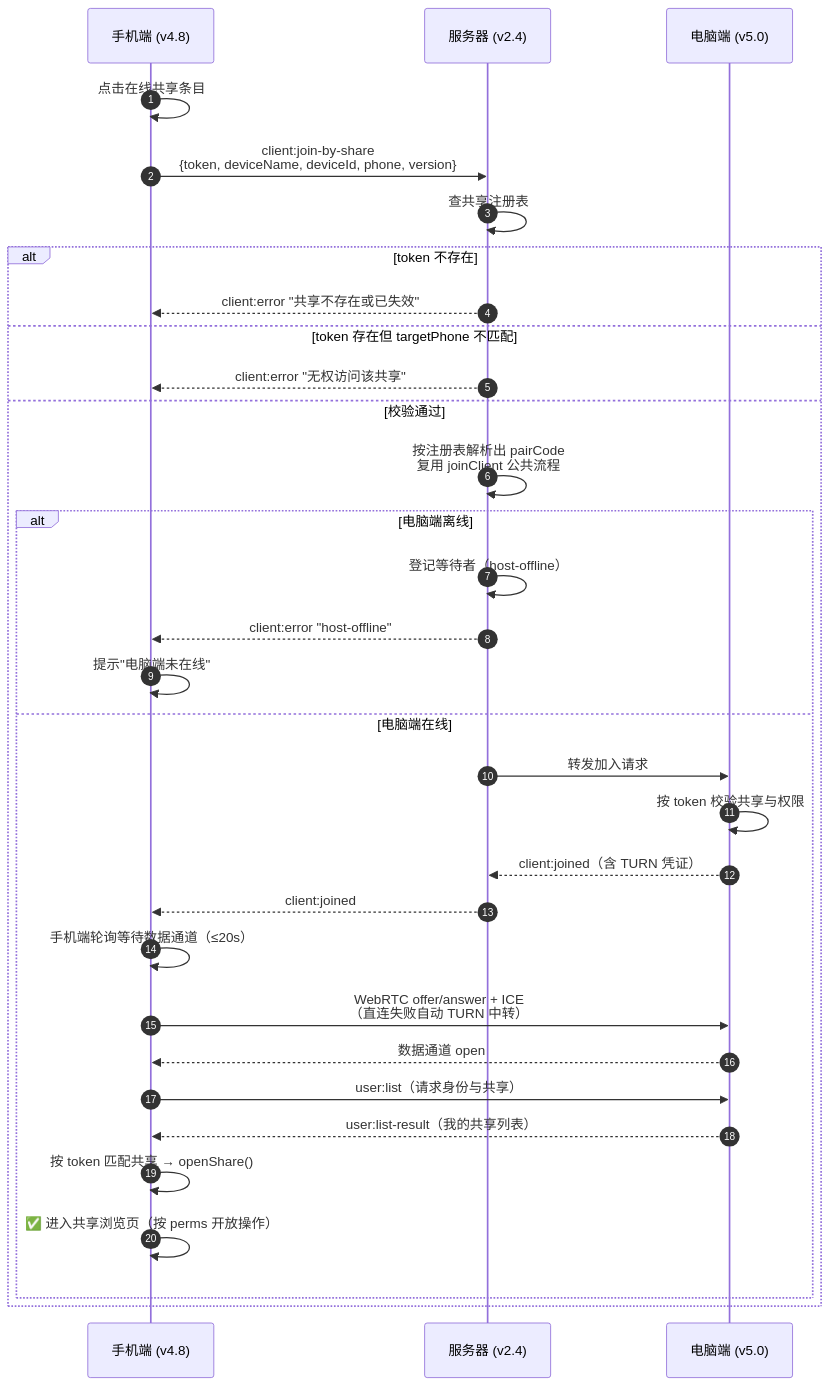
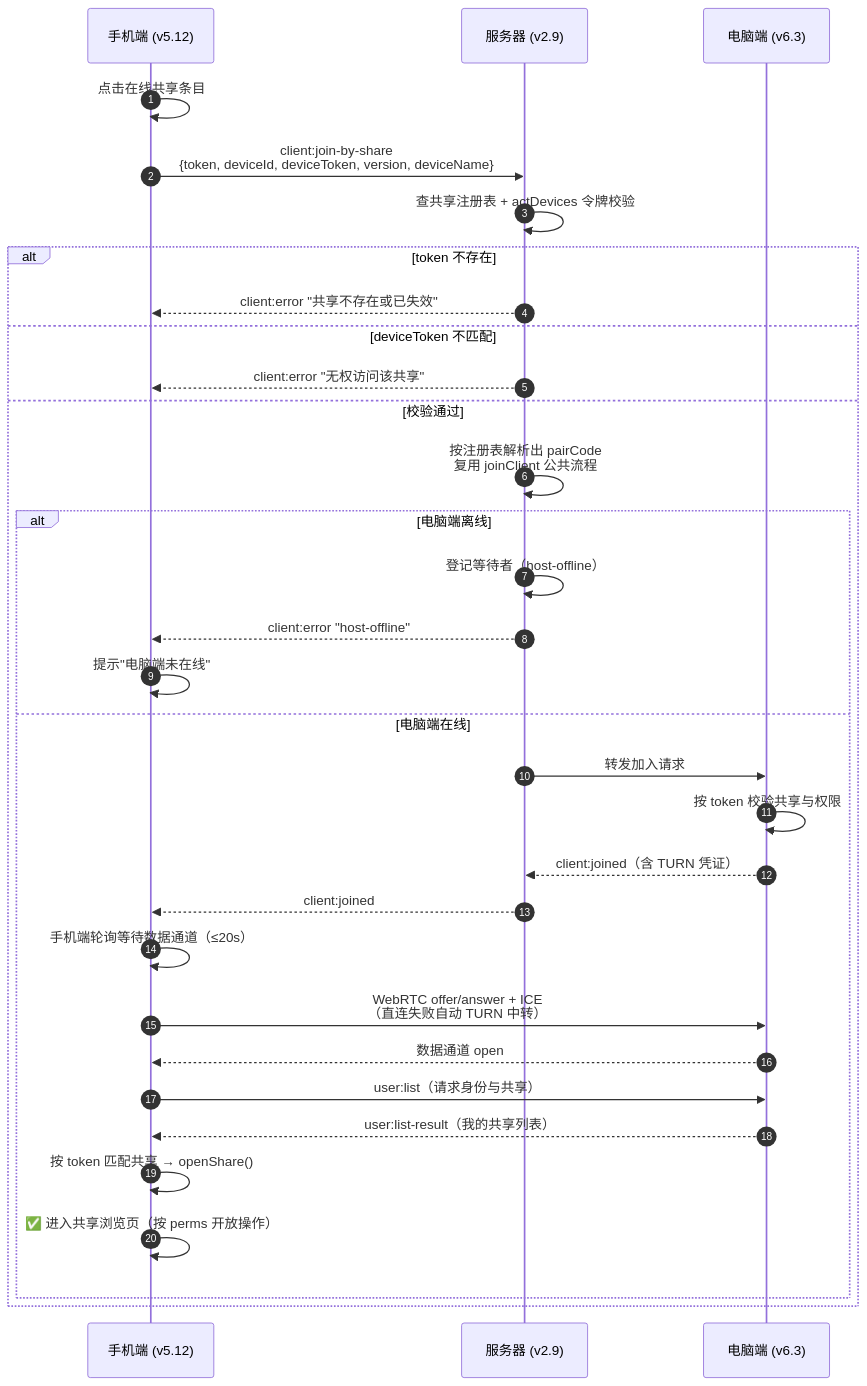
Before and after one commit to binghuo7758521/p2p: the fourth of 6 diagrams in 免配对码共享连接流程文档.md, drawn with Mermaid. The commit also changed other lines of this file and 57 other files, not shown here.

Commit message:
多端迭代：手机端 v5.25（多电脑管理员扫码激活、下载/上传进度横幅）、电脑端 v6.18（静默升级/自动登录/托盘关闭确认）、服务器 v2.13（OSS 升级发布链 + release.sh 一键发布 + E2E 测试）

````diff
--- a/免配对码共享连接流程文档.md
+++ b/免配对码共享连接流程文档.md
@@ -102,35 +119,35 @@
 ```mermaid
 sequenceDiagram
     autonumber
-    participant M as 手机端 (v4.8)
-    participant S as 服务器 (v2.4)
-    participant H as 电脑端 (v5.0)
+    participant M as 手机端 (v5.12)
+    participant S as 服务器 (v2.9)
+    participant H as 电脑端 (v6.3)
 
     M->>M: 点击在线共享条目
-    M->>S: client:join-by-share<br/>{token, deviceName, deviceId, phone, version}
-    S->>S: 查共享注册表
+    M->>S: client:join-by-share<br/>{token, deviceId, deviceToken, version, deviceName}
+    S->>S: 查共享注册表 + actDevices 令牌校验
     alt token 不存在
         S-->>M: client:error "共享不存在或已失效"
-    else token 存在但 targetPhone 不匹配
+    else deviceToken 不匹配
         S-->>M: client:error "无权访问该共享"
     else 校验通过
         S->>S: 按注册表解析出 pairCode<br/>复用 joinClient 公共流程
         alt 电脑端离线
             S->>S: 登记等待者（host-offline）
             S-->>M: client:error "host-offline"
             M->>M: 提示"电脑端未在线"
         else 电脑端在线
             S->>H: 转发加入请求
             H->>H: 按 token 校验共享与权限
             H-->>S: client:joined（含 TURN 凭证）
             S-->>M: client:joined
             M->>M: 手机端轮询等待数据通道（≤20s）
             M->>H: WebRTC offer/answer + ICE<br/>（直连失败自动 TURN 中转）
             H-->>M: 数据通道 open
             M->>H: user:list（请求身份与共享）
             H-->>M: user:list-result（我的共享列表）
             M->>M: 按 token 匹配共享 → openShare()
             M->>M: ✅ 进入共享浏览页（按 perms 开放操作）
         end
     end
 ```
````
